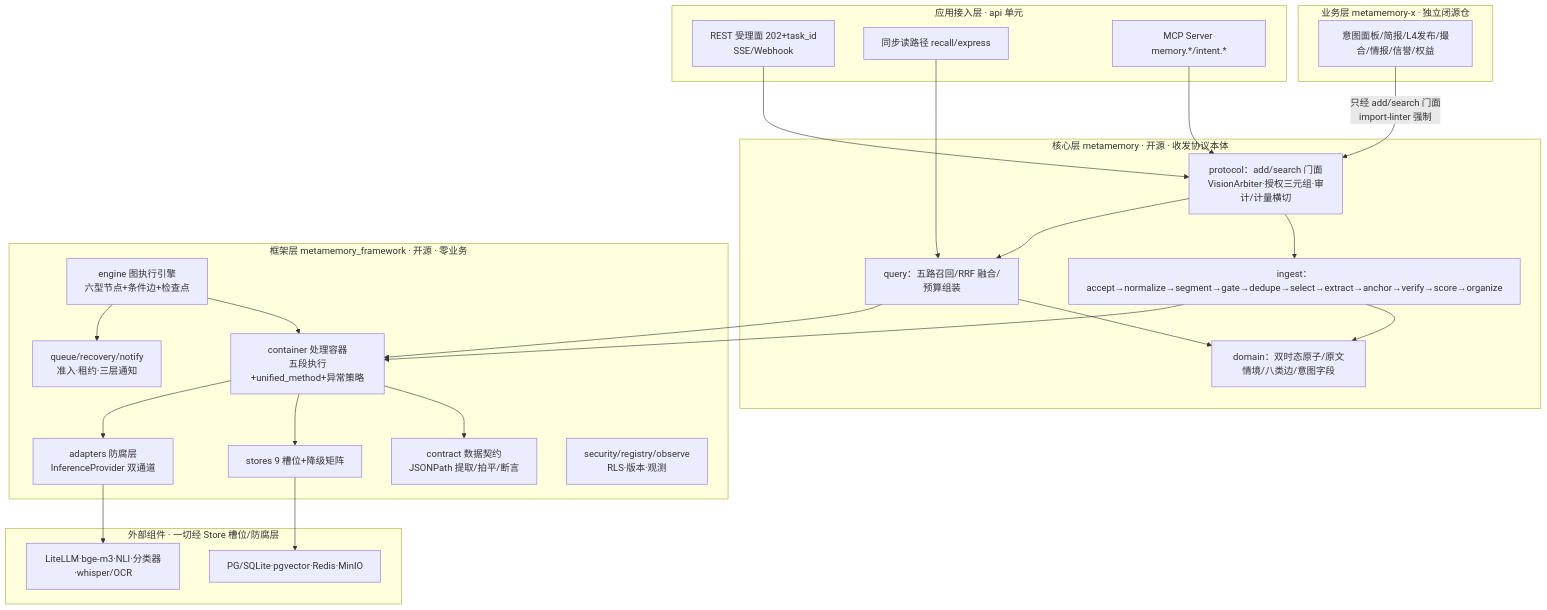
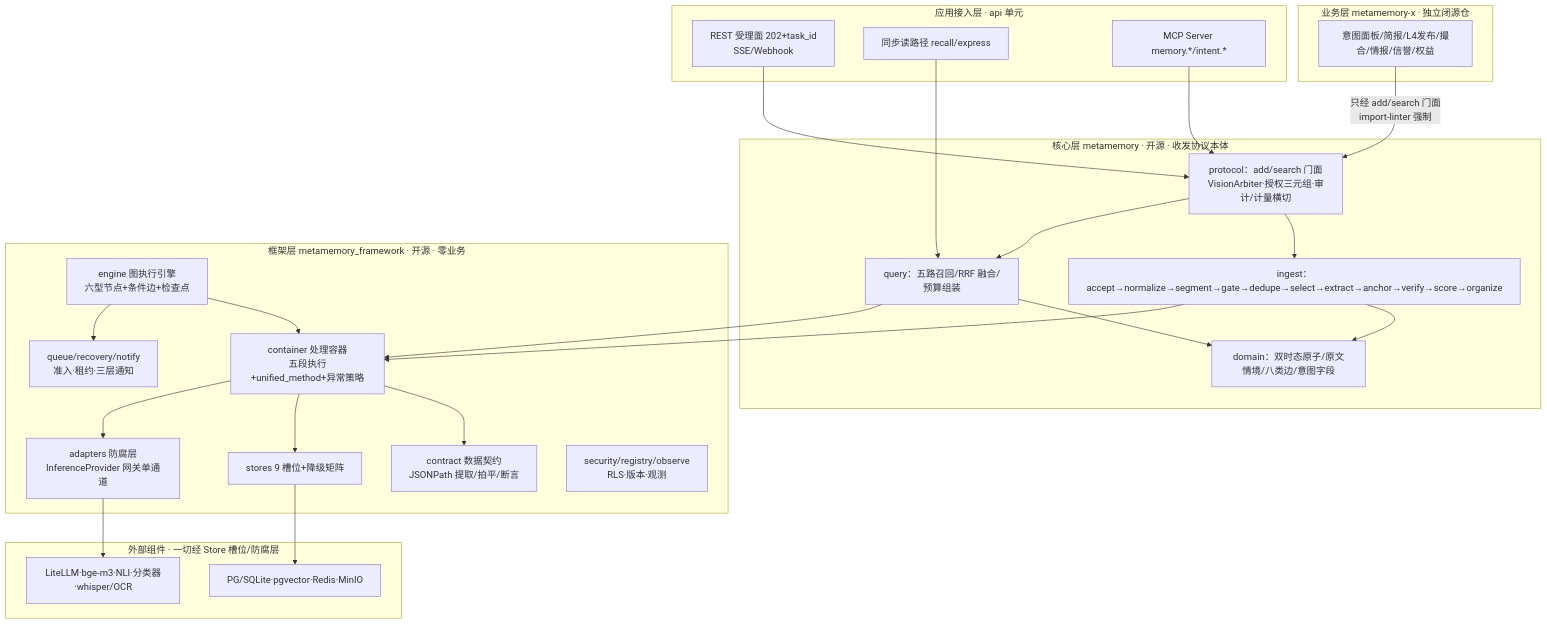
Before and after one commit to zhaoxuan-inside/metamemory: the diagram in _04_framework_design/01_architecture.md, drawn with Mermaid. The commit also changed other lines of this file and 13 other files, not shown here.

````diff
--- a/_04_framework_design/01_architecture.md
+++ b/_04_framework_design/01_architecture.md
@@ -8,47 +8,47 @@
 ```mermaid
 graph TB
     subgraph x[业务层 metamemory-x · 独立闭源仓]
         X1[意图面板/简报/L4发布/撮合/情报/信誉/权益]
     end
     subgraph app[应用接入层 · api 单元]
         A1[REST 受理面 202+task_id<br>SSE/Webhook] 
         A2[同步读路径 recall/express]
         A3[MCP Server memory.*/intent.*]
     end
     subgraph core[核心层 metamemory · 开源 · 收发协议本体]
         C1[protocol：add/search 门面<br>VisionArbiter·授权三元组·审计/计量横切]
         C2[ingest：accept→normalize→segment→gate→dedupe→select→extract→anchor→verify→score→organize]
         C3[query：五路召回/RRF 融合/预算组装]
         C4[domain：双时态原子/原文情境/八类边/意图字段]
     end
     subgraph framework[框架层 metamemory_framework · 开源 · 零业务]
         F1[engine 图执行引擎<br>六型节点+条件边+检查点]
         F2[container 处理容器<br>五段执行+unified_method+异常策略]
         F3[contract 数据契约<br>JSONPath 提取/拍平/断言]
         F4[stores 9 槽位+降级矩阵]
-        F5[adapters 防腐层<br>InferenceProvider 双通道]
+        F5[adapters 防腐层<br>InferenceProvider 网关单通道]
         F6[queue/recovery/notify<br>准入·租约·三层通知]
         F7[security/registry/observe<br>RLS·版本·观测]
     end
     subgraph infra[外部组件 · 一切经 Store 槽位/防腐层]
         I1[PG/SQLite·pgvector·Redis·MinIO]
         I2[LiteLLM·bge-m3·NLI·分类器·whisper/OCR]
     end
     X1 -->|只经 add/search 门面<br>import-linter 强制| C1
     A1 --> C1
     A2 --> C3
     A3 --> C1
     C1 --> C2
     C1 --> C3
     C2 --> C4
     C3 --> C4
     C2 --> F2
     C3 --> F2
     F2 --> F3
     F1 --> F2
     F2 --> F4
     F2 --> F5
     F1 --> F6
     F4 --> I1
     F5 --> I2
 ```
````
